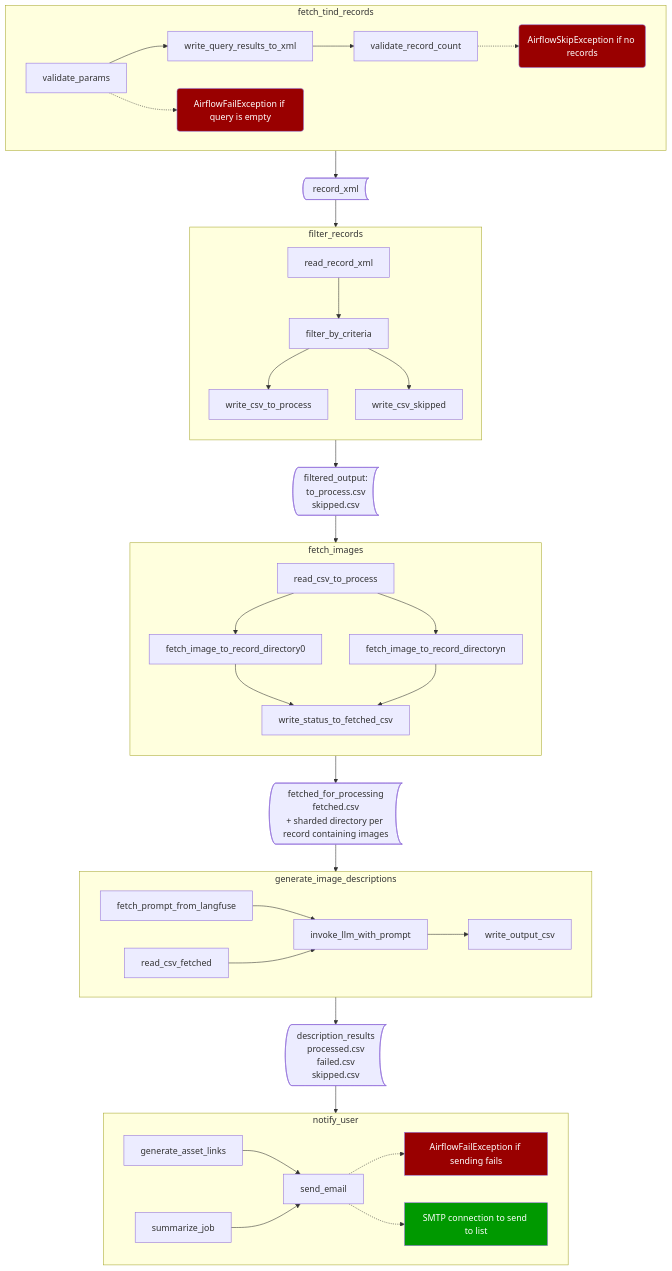
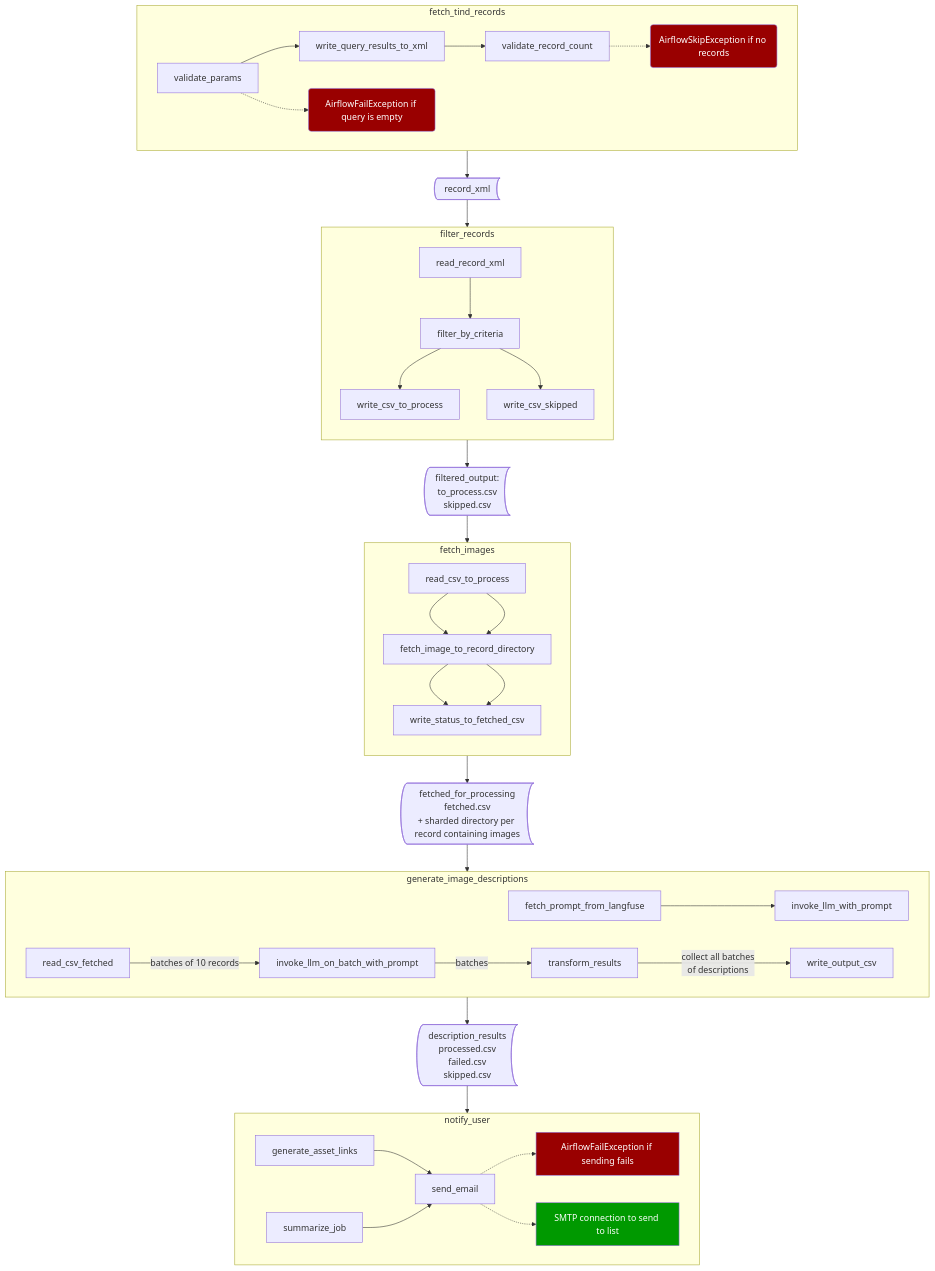
The diagram in dags/batch_image_description.md (BerkeleyLibrary/mokelumne), drawn with Mermaid before and after one commit. The commit also changed 1 other file, not shown here.

Commit message:
cleanup  - image size validation (<3.5MB image size translates to <5MB b64 encoded string)  - update mermaid  - fix datetime  - fix processed_csv path

````diff
--- a/dags/batch_image_description.md
+++ b/dags/batch_image_description.md
@@ -3,39 +3,40 @@
 ```mermaid
 flowchart TB
 
     subgraph fetch_tind_records
         direction LR
         validate_params-->write_query_results_to_xml-->validate_record_count
         
         validate_params-.->stop0("AirflowFailException if query is empty")
         validate_record_count-.->stop1("AirflowSkipException if no records")
     end
 
 
     subgraph filter_records
         direction TB
         read_record_xml --> filter_by_criteria --> write_csv_to_process & write_csv_skipped
     end
 
 
     subgraph fetch_images
         direction TB
-        read_csv_to_process --> fetch_image_to_record_directory0 & fetch_image_to_record_directoryn --> write_status_to_fetched_csv
+        read_csv_to_process --> fetch_image_to_record_directory & fetch_image_to_record_directory --> write_status_to_fetched_csv
     end 
 
     subgraph generate_image_descriptions
-        fetch_prompt_from_langfuse & read_csv_fetched --> invoke_llm_with_prompt --> write_output_csv
+        fetch_prompt_from_langfuse --> invoke_llm_with_prompt
+        read_csv_fetched -->|batches of 10 records| invoke_llm_on_batch_with_prompt -->|batches| transform_results-->|collect all batches\n of descriptions| write_output_csv
     end
 
     subgraph notify_user
         generate_asset_links & summarize_job --> send_email -.-> stop2["AirflowFailException if sending fails"] & success0["SMTP connection to send to list"]
     end
 
 
     fetch_tind_records --> record_xml@{shape: bow-rect} --> filter_records --> filtered_output@{shape: bow-rect, label: "filtered_output:\n\nto_process.csv\nskipped.csv"} -->fetch_images --> fetched_for_processing@{shape: bow-rect, label: "fetched_for_processing\n\nfetched.csv\n+ sharded directory per record containing images"}-->generate_image_descriptions -->description_results@{shape: bow-rect, label: "description_results\n\nprocessed.csv\nfailed.csv\nskipped.csv"} -->notify_user
 
     classDef stop fill: #900,color:#fff
     classDef success fill: #090,color:#fff
     class stop0,stop1,stop2 stop;
     class success0 success;
 ```
````
